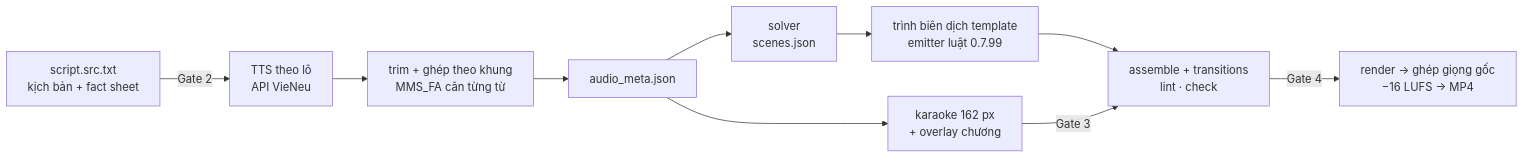
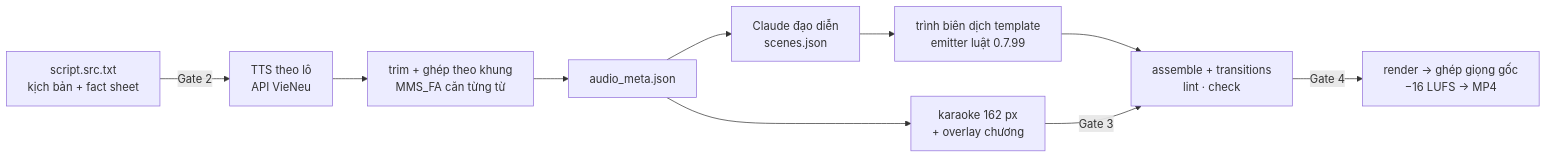
Before and after one commit to abm-dungtq/abm-video-bgdt: the diagram in README.md, drawn with Mermaid. The commit also changed other lines of this file and 2 other files, not shown here.

````diff
--- a/README.md
+++ b/README.md
@@ -42,12 +42,12 @@
 ```mermaid
 flowchart LR
   A[script.src.txt<br/>kịch bản + fact sheet] -->|Gate 2| B[TTS theo lô<br/>API VieNeu]
   B --> C[trim + ghép theo khung<br/>MMS_FA căn từng từ]
   C --> D[audio_meta.json]
-  D --> E[solver<br/>scenes.json]
+  D --> E[Claude đạo diễn<br/>scenes.json]
   E --> F[trình biên dịch template<br/>emitter luật 0.7.99]
   D --> G[karaoke 162 px<br/>+ overlay chương]
   F --> H[assemble + transitions<br/>lint · check]
   G -->|Gate 3| H
   H -->|Gate 4| I[render → ghép giọng gốc<br/>−16 LUFS → MP4]
 ```
````
